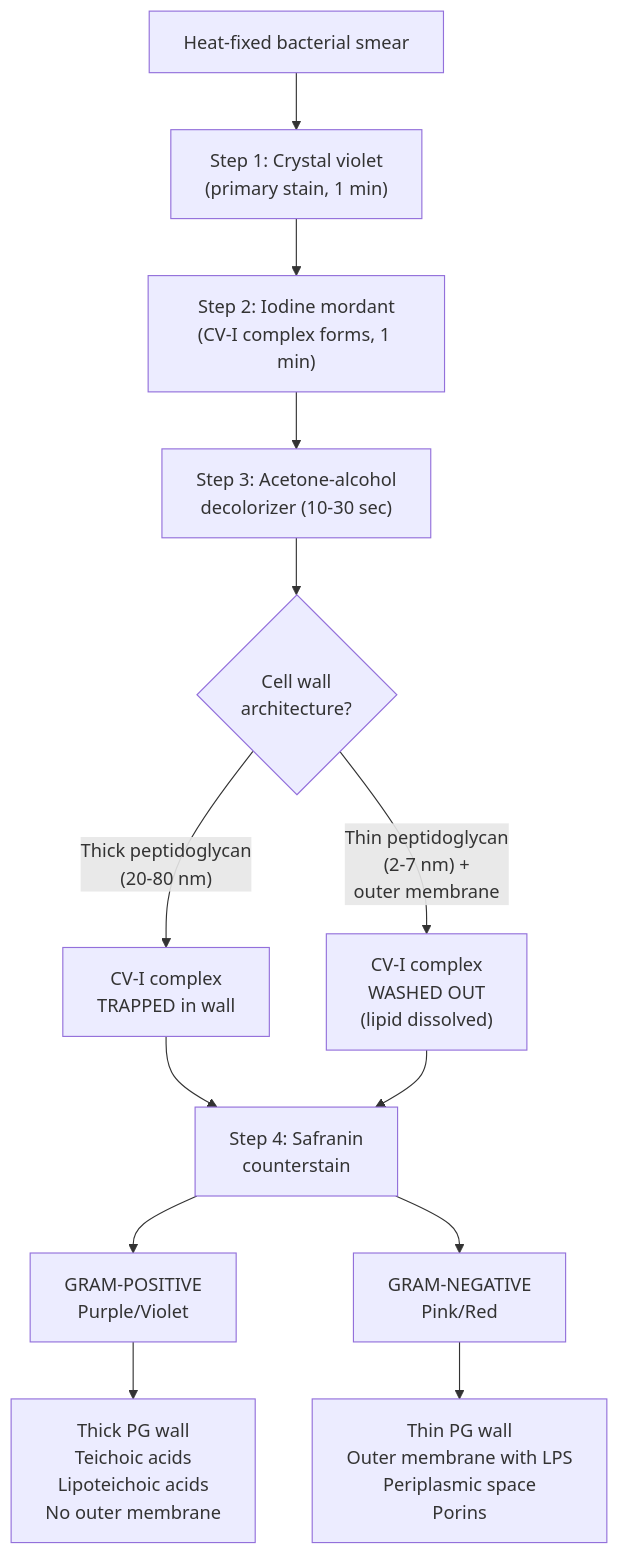
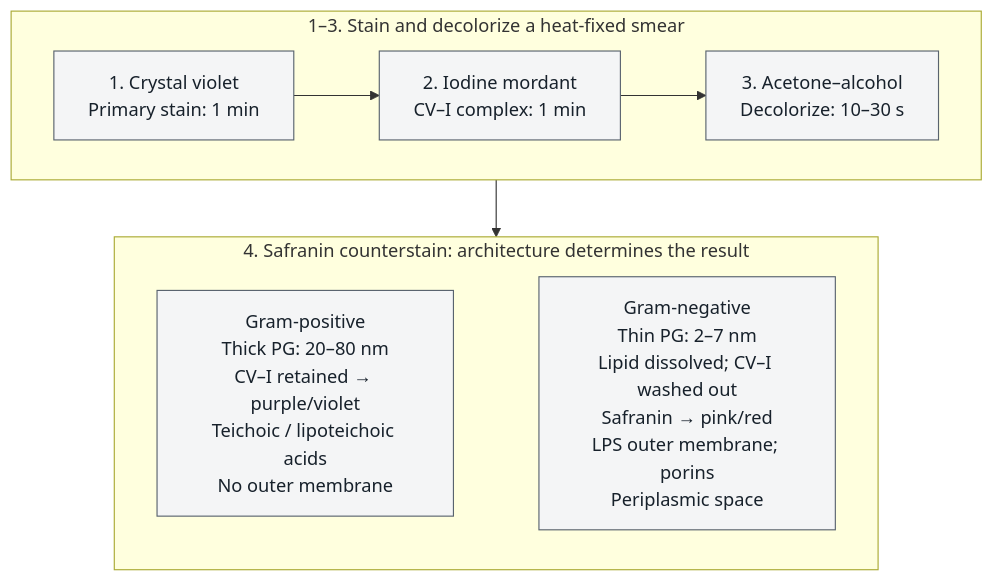
One commit to docxology/biology_textbook changed the second of 9 diagrams in docs/manuscript/unit_VII/bacteria_archaea_viruses.md. Above: the diagram before and after it, drawn with Mermaid. The commit also changed other lines of this file and 41 other files, not shown here.

````diff
--- a/docs/manuscript/unit_VII/bacteria_archaea_viruses.md
+++ b/docs/manuscript/unit_VII/bacteria_archaea_viruses.md
@@ -144,15 +152,20 @@
 ```mermaid
-flowchart TD
-    A["Heat-fixed bacterial smear"] --> B["Step 1: Crystal violet\n(primary stain, 1 min)"]
-    B --> C["Step 2: Iodine mordant\n(CV-I complex forms, 1 min)"]
-    C --> D["Step 3: Acetone-alcohol\ndecolorizer (10-30 sec)"]
-    D --> E{"Cell wall\narchitecture?"}
-    E -->|"Thick peptidoglycan\n(20-80 nm)"| F["CV-I complex\nTRAPPED in wall"]
-    E -->|"Thin peptidoglycan\n(2-7 nm) +\nouter membrane"| G["CV-I complex\nWASHED OUT\n(lipid dissolved)"]
-    F --> H["Step 4: Safranin\ncounterstain"]
-    G --> H
-    H --> I["GRAM-POSITIVE\nPurple/Violet"]
-    H --> J["GRAM-NEGATIVE\nPink/Red"]
-    I --> K["Thick PG wall\nTeichoic acids\nLipoteichoic acids\nNo outer membrane"]
-    J --> L["Thin PG wall\nOuter membrane with LPS\nPeriplasmic space\nPorins"]
+---
+config:
+  layout: dagre
+---
+flowchart TB
+    subgraph STAIN["1–3. Stain and decolorize a heat-fixed smear"]
+        direction LR
+        A["1. Crystal violet<br/>Primary stain: 1 min"] --> B["2. Iodine mordant<br/>CV–I complex: 1 min"]
+        B --> C["3. Acetone–alcohol<br/>Decolorize: 10–30 s"]
+    end
+    subgraph RESULT["4. Safranin counterstain: architecture determines the result"]
+        direction LR
+        POS["Gram-positive<br/>Thick PG: 20–80 nm<br/>CV–I retained → purple/violet<br/>Teichoic / lipoteichoic acids<br/>No outer membrane"]
+        NEG["Gram-negative<br/>Thin PG: 2–7 nm<br/>Lipid dissolved; CV–I washed out<br/>Safranin → pink/red<br/>LPS outer membrane; porins<br/>Periplasmic space"]
+        POS ~~~ NEG
+    end
+    STAIN --> RESULT
+    classDef default fill:#f4f5f6,stroke:#59636e,color:#17212b
 ```
````
